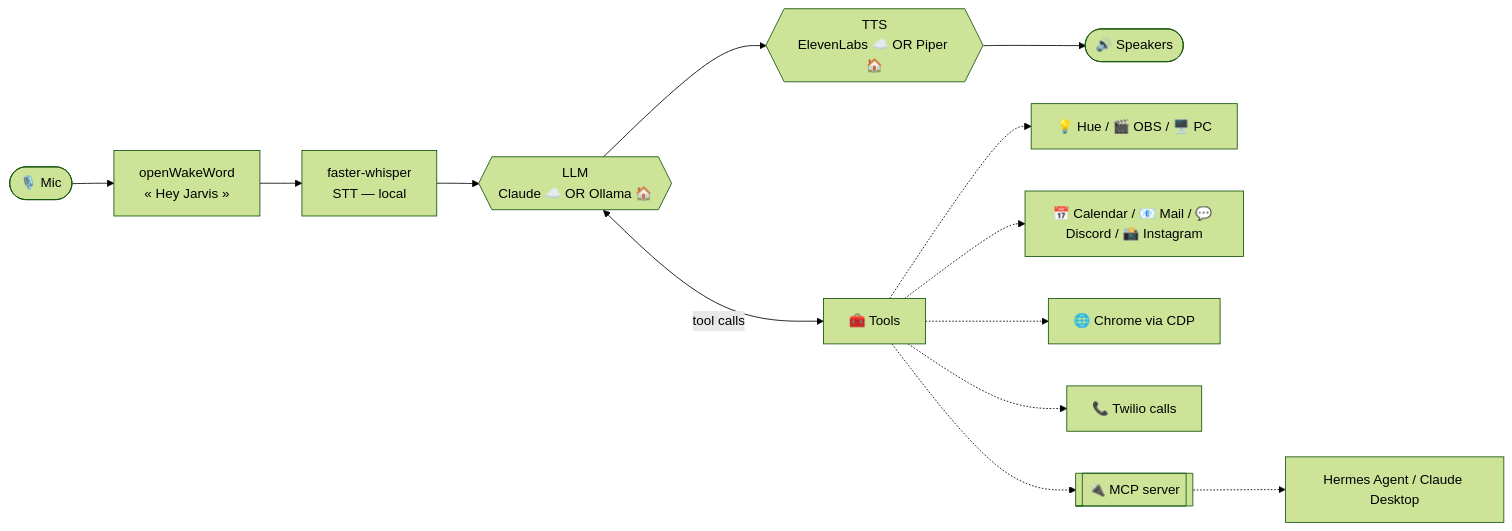
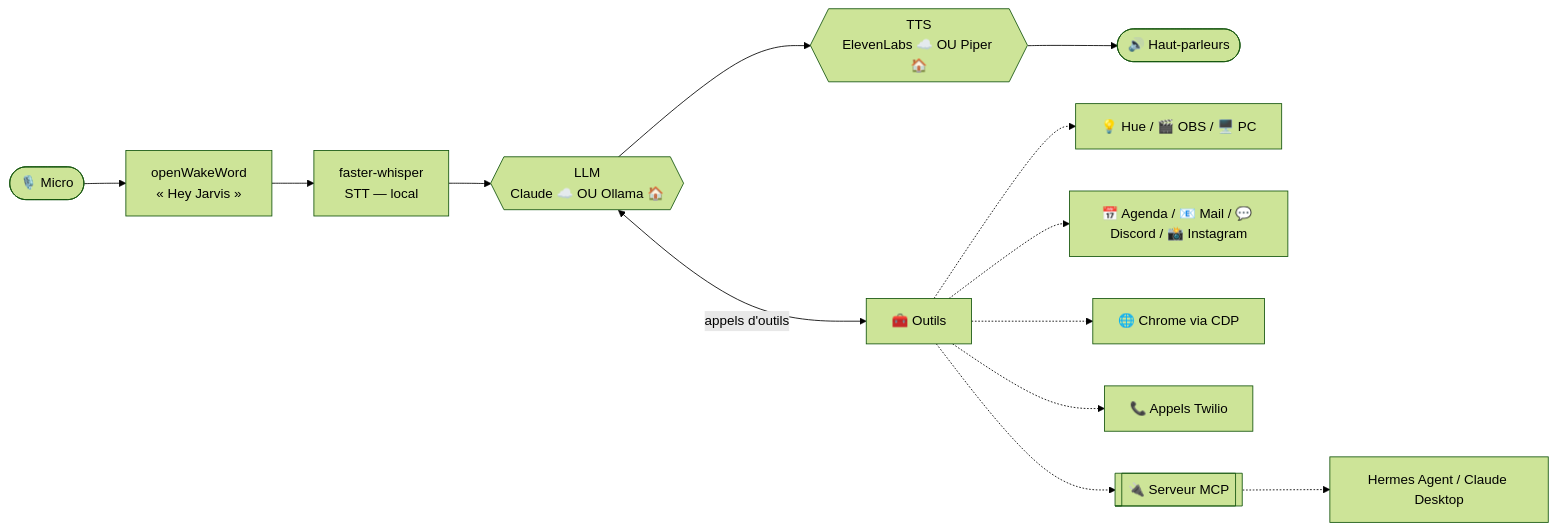
One commit to Tiloust/jarvis-assistant-vocal changed the diagram in README.md. Above: the diagram before and after it, drawn with Mermaid (forest theme). The commit also changed other lines of this file and 6 other files, not shown here.

````diff
--- a/README.md
+++ b/README.md
@@ -45,16 +46,16 @@
 ```mermaid
 flowchart LR
-    Mic([🎙️ Mic]) --> WW[openWakeWord<br/>« Hey Jarvis »]
+    Mic([🎙️ Micro]) --> WW[openWakeWord<br/>« Hey Jarvis »]
     WW --> STT[faster-whisper<br/>STT — local]
-    STT --> LLM{{LLM<br/>Claude ☁️ OR Ollama 🏠}}
-    LLM <-->|tool calls| TOOLS[🧰 Tools]
-    LLM --> TTS{{TTS<br/>ElevenLabs ☁️ OR Piper 🏠}}
-    TTS --> SPK([🔊 Speakers])
+    STT --> LLM{{LLM<br/>Claude ☁️ OU Ollama 🏠}}
+    LLM <-->|appels d'outils| TOOLS[🧰 Outils]
+    LLM --> TTS{{TTS<br/>ElevenLabs ☁️ OU Piper 🏠}}
+    TTS --> SPK([🔊 Haut-parleurs])
 
     TOOLS -.-> HOME[💡 Hue / 🎬 OBS / 🖥️ PC]
-    TOOLS -.-> NET[📅 Calendar / 📧 Mail / 💬 Discord / 📸 Instagram]
+    TOOLS -.-> NET[📅 Agenda / 📧 Mail / 💬 Discord / 📸 Instagram]
     TOOLS -.-> CDP[🌐 Chrome via CDP]
-    TOOLS -.-> TW[📞 Twilio calls]
-    TOOLS -.-> MCP[[🔌 MCP server]]
+    TOOLS -.-> TW[📞 Appels Twilio]
+    TOOLS -.-> MCP[[🔌 Serveur MCP]]
     MCP -.-> EXT[Hermes Agent / Claude Desktop]
 ```
````
